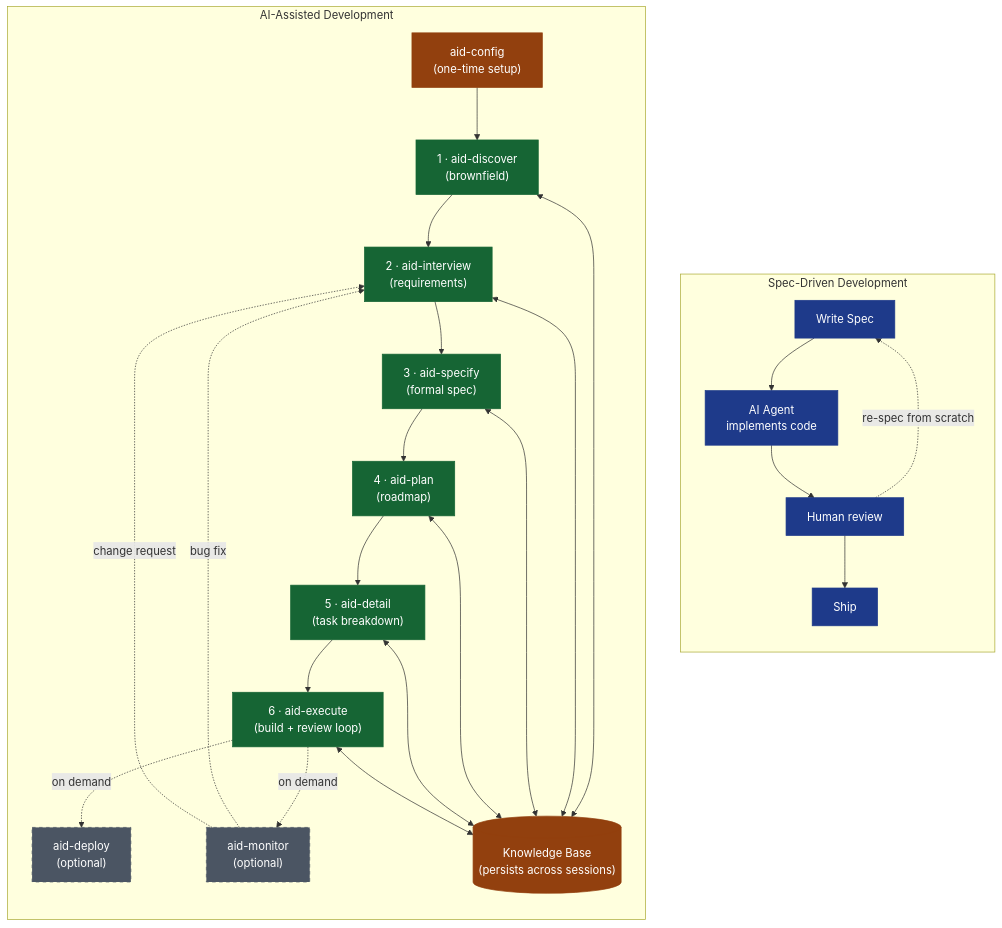
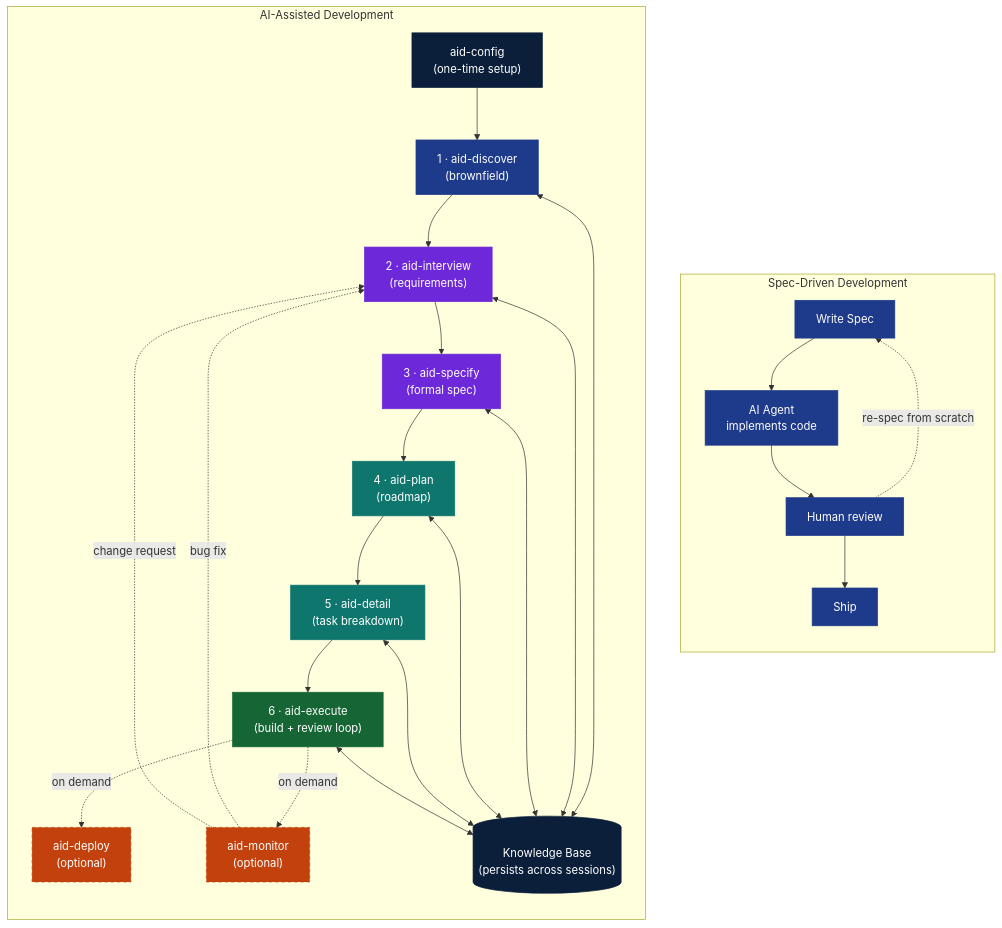
Before and after one commit to AndreVianna/aid-methodology: the seventh of 7 diagrams in methodology/aid-methodology.md, drawn with Mermaid. The commit also changed other lines of this file and 4 other files, not shown here.

````diff
--- a/methodology/aid-methodology.md
+++ b/methodology/aid-methodology.md
@@ -1178,44 +1275,47 @@
 ```mermaid
 flowchart TB
     classDef sdd  fill:#1E3A8A,stroke:#1E3A8A,color:#ffffff
-    classDef aid  fill:#166534,stroke:#166534,color:#ffffff
-    classDef del  fill:#4B5563,stroke:#4B5563,color:#ffffff,stroke-dasharray:5 5
-    classDef kb   fill:#92400E,stroke:#92400E,color:#ffffff
+    classDef aid_prep  fill:#1E3A8A,stroke:#1E3A8A,color:#ffffff
+    classDef aid_def   fill:#6D28D9,stroke:#6D28D9,color:#ffffff
+    classDef aid_map   fill:#0F766E,stroke:#0F766E,color:#ffffff
+    classDef aid_exe   fill:#166534,stroke:#166534,color:#ffffff
+    classDef aid_del   fill:#C2410C,stroke:#C2410C,color:#ffffff,stroke-dasharray:5 4
+    classDef kb        fill:#0B1F3A,stroke:#0B1F3A,color:#ffffff
 
     subgraph SDD["Spec-Driven Development"]
         direction TB
         S1["Write Spec"]:::sdd
-        S2["AI Agent\nimplements code"]:::sdd
+        S2["AI Agent<br/>implements code"]:::sdd
         S3["Human review"]:::sdd
         S4["Ship"]:::sdd
         S1 --> S2 --> S3 --> S4
         S3 -. "re-spec from scratch" .-> S1
     end
 
     subgraph AID["AI-Assisted Development"]
         direction TB
-        A0["aid-config\n(one-time setup)"]:::kb
-        A1["1 · aid-discover\n(brownfield)"]:::aid
-        A2["2 · aid-interview\n(requirements)"]:::aid
-        A3["3 · aid-specify\n(formal spec)"]:::aid
-        A4["4 · aid-plan\n(roadmap)"]:::aid
-        A5["5 · aid-detail\n(task breakdown)"]:::aid
-        A6["6 · aid-execute\n(build + review loop)"]:::aid
-        KB[("Knowledge Base\n(persists across sessions)")]:::kb
-        Dep["aid-deploy\n(optional)"]:::del
-        Mon["aid-monitor\n(optional)"]:::del
+        A0["aid-config<br/>(one-time setup)"]:::kb
+        A1["1 · aid-discover<br/>(brownfield)"]:::aid_prep
+        A2["2 · aid-interview<br/>(requirements)"]:::aid_def
+        A3["3 · aid-specify<br/>(formal spec)"]:::aid_def
+        A4["4 · aid-plan<br/>(roadmap)"]:::aid_map
+        A5["5 · aid-detail<br/>(task breakdown)"]:::aid_map
+        A6["6 · aid-execute<br/>(build + review loop)"]:::aid_exe
+        KB[("Knowledge Base<br/>(persists across sessions)")]:::kb
+        Dep["aid-deploy<br/>(optional)"]:::aid_del
+        Mon["aid-monitor<br/>(optional)"]:::aid_del
 
         A0 --> A1 --> A2 --> A3 --> A4 --> A5 --> A6
         A6 -. "on demand" .-> Dep
         A6 -. "on demand" .-> Mon
         Mon -. "bug fix" .-> A2
         Mon -. "change request" .-> A2
 
         A1 <--> KB
         A2 <--> KB
         A3 <--> KB
         A4 <--> KB
         A5 <--> KB
         A6 <--> KB
     end
 ```
````
